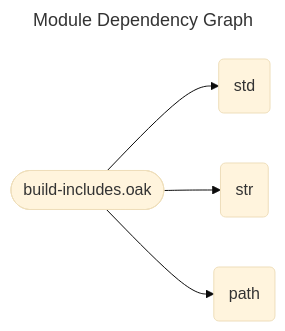
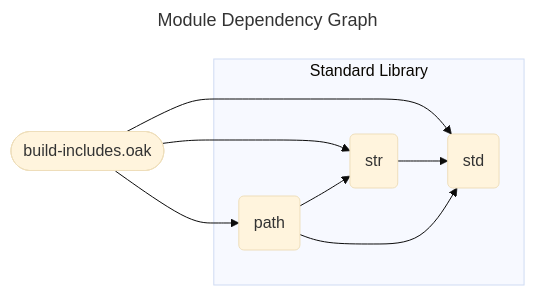
The diagram in docs/spec/build-includes.mmd (SpcFORK/magnolia), drawn with Mermaid (base theme) before and after one commit. The commit also changed 176 other files, not shown here.

First line of the commit message:
Enhance module dependency graphs and improve rendering logic

```diff
--- a/docs/spec/build-includes.mmd
+++ b/docs/spec/build-includes.mmd
@@ -1,11 +1,16 @@
 ---
 title: Module Dependency Graph
 ---
 flowchart LR
     lib_build_includes_oak(["build-includes.oak"])
-    path("path")
-    std("std")
-    str("str")
     lib_build_includes_oak --> std
     lib_build_includes_oak --> str
     lib_build_includes_oak --> path
+    str --> std
+    path --> std
+    path --> str
+    subgraph stdlib_core ["Standard Library"]
+        std("std")
+        str("str")
+        path("path")
+    end
```
